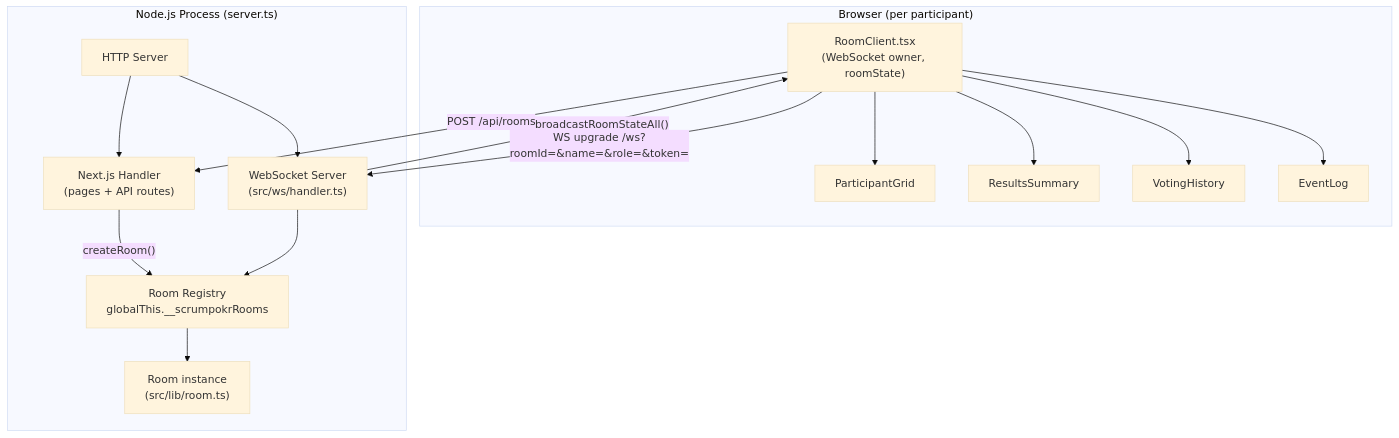
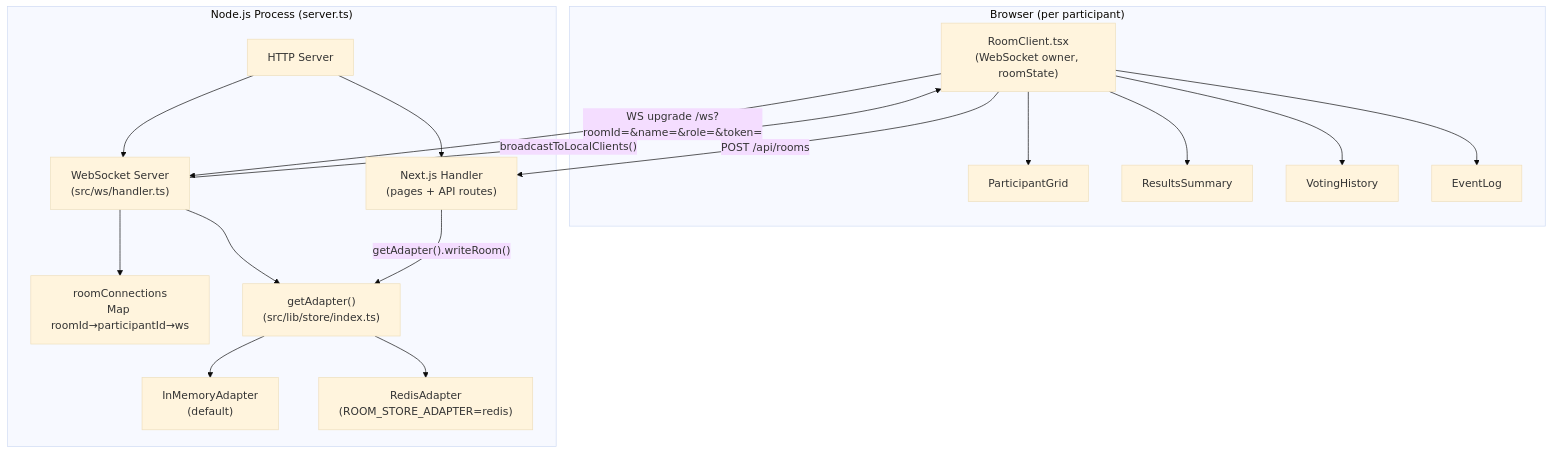
The first of 2 diagrams in docs/architecture.md (dozham/scrumpokr), drawn with Mermaid (base theme) before and after one commit. The commit also changed other lines of this file and 1 other file, not shown here.

Commit message:
docs: update architecture.md and CLAUDE.md for adapter-based store

````diff
--- a/docs/architecture.md
+++ b/docs/architecture.md
@@ -9,32 +9,36 @@
 ```mermaid
 graph TD
     subgraph Browser["Browser (per participant)"]
         RC["RoomClient.tsx\n(WebSocket owner, roomState)"]
         PG["ParticipantGrid"]
         RS["ResultsSummary"]
         VH["VotingHistory"]
         EL["EventLog"]
         RC --> PG
         RC --> RS
         RC --> VH
         RC --> EL
     end
 
     subgraph Server["Node.js Process (server.ts)"]
         HTTP["HTTP Server"]
         NXT["Next.js Handler\n(pages + API routes)"]
         WSS["WebSocket Server\n(src/ws/handler.ts)"]
-        REG["Room Registry\nglobalThis.__scrumpokrRooms"]
-        ROOM["Room instance\n(src/lib/room.ts)"]
+        CONN["roomConnections\nMap roomId→participantId→ws"]
+        ADAPT["getAdapter()\n(src/lib/store/index.ts)"]
+        MEM["InMemoryAdapter\n(default)"]
+        RED["RedisAdapter\n(ROOM_STORE_ADAPTER=redis)"]
 
         HTTP --> NXT
         HTTP --> WSS
-        WSS --> REG
-        REG --> ROOM
+        WSS --> CONN
+        WSS --> ADAPT
+        ADAPT --> MEM
+        ADAPT --> RED
     end
 
     RC -- "WS upgrade /ws?roomId=&name=&role=&token=" --> WSS
     RC -- "POST /api/rooms" --> NXT
-    NXT -- "createRoom()" --> REG
-    WSS -- "broadcastRoomStateAll()" --> RC
+    NXT -- "getAdapter().writeRoom()" --> ADAPT
+    WSS -- "broadcastToLocalClients()" --> RC
 ```
````
